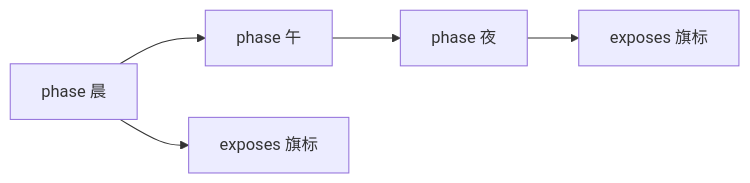
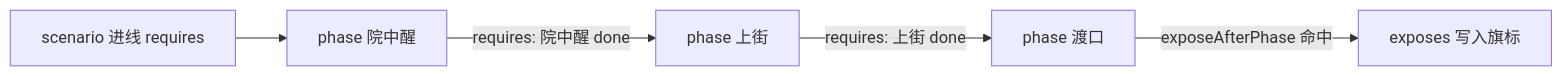
One commit to wubugui/GDoc changed the diagram in docs/editors/panels/scenarios.md. Above: the diagram before and after it, drawn with Mermaid. The commit also changed other lines of this file and 112 other files, not shown here.

````diff
--- a/docs/editors/panels/scenarios.md
+++ b/docs/editors/panels/scenarios.md
@@ -41,7 +34,7 @@
 ```mermaid
 flowchart LR
-  P1[phase 晨] --> P2[phase 午]
-  P2 --> P3[phase 夜]
-  P1 --> E1[exposes 旗标]
-  P3 --> E2[exposes 旗标]
+  REQ[scenario 进线 requires] --> P1[phase 院中醒]
+  P1 -->|requires: 院中醒 done| P2[phase 上街]
+  P2 -->|requires: 上街 done| P3[phase 渡口]
+  P3 -->|exposeAfterPhase 命中| EXP[exposes 写入旗标]
 ```
````
